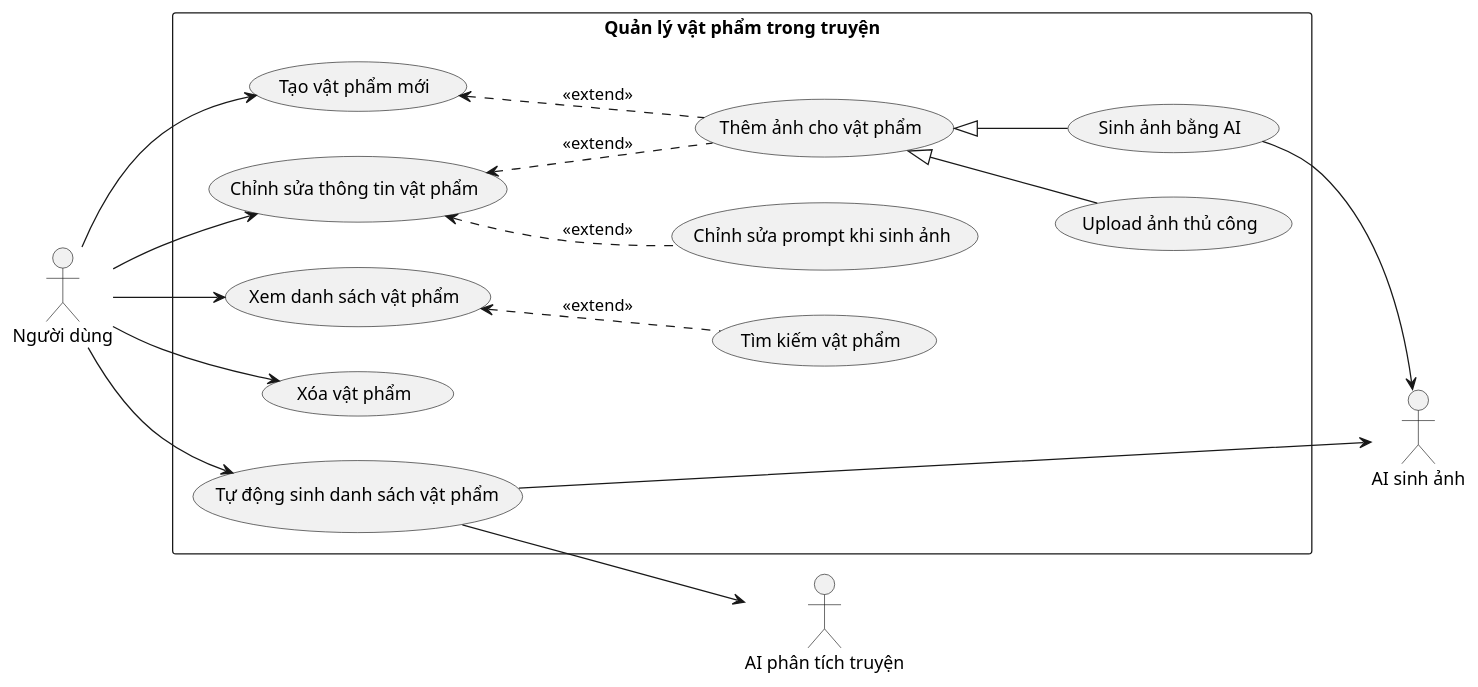
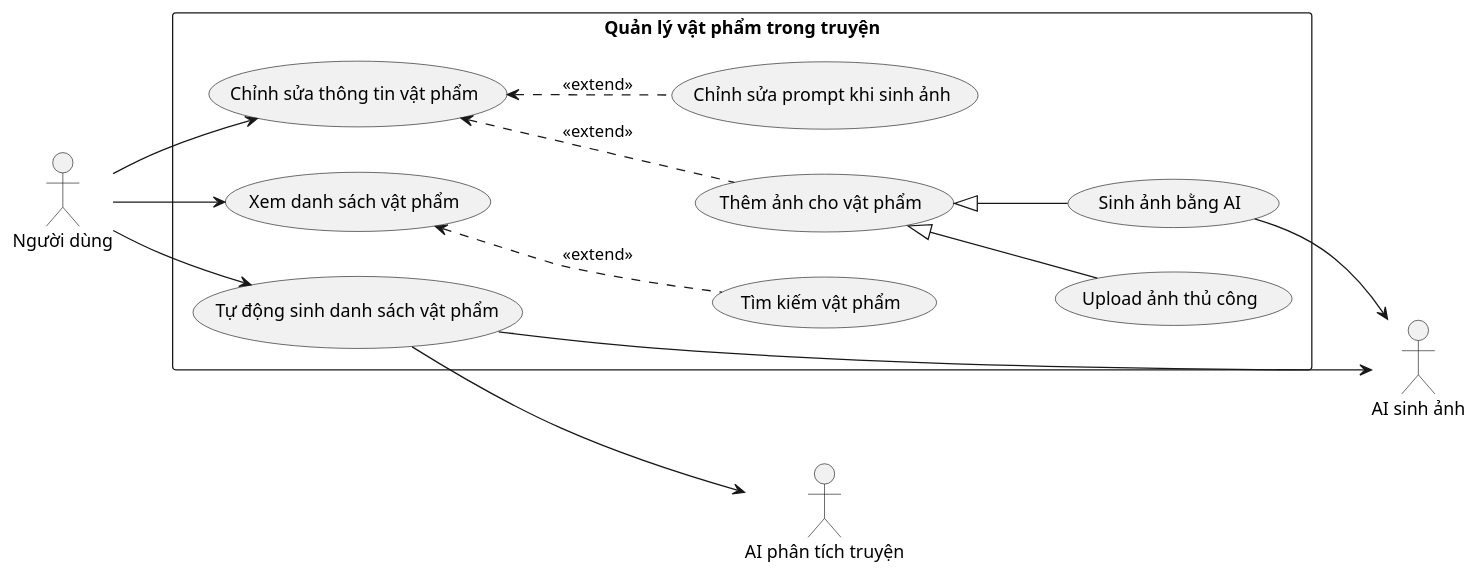
The diagram in docs/bieu-do-uc/bieu-do-uc-chi-tiet/setup/xay-dung-the-gioi-truyen/quan-ly-vat-pham.puml (202416852-anhpv/story2video-docs), drawn with PlantUML before and after one commit. The commit also changed 2 other files, not shown here.

```diff
--- a/docs/bieu-do-uc/bieu-do-uc-chi-tiet/setup/xay-dung-the-gioi-truyen/quan-ly-vat-pham.puml
+++ b/docs/bieu-do-uc/bieu-do-uc-chi-tiet/setup/xay-dung-the-gioi-truyen/quan-ly-vat-pham.puml
@@ -1,37 +1,32 @@
 @startuml quan-ly-vat-pham
 left to right direction
 
 actor "Người dùng" as User
 actor "AI sinh ảnh" as AI_IMG
 actor "AI phân tích truyện" as AI_LLM
 
 rectangle "Quản lý vật phẩm trong truyện" {
-    usecase "Tạo vật phẩm mới" as UC_01
     usecase "Chỉnh sửa thông tin vật phẩm" as UC_02
     usecase "Xem danh sách vật phẩm" as UC_03
-    usecase "Xóa vật phẩm" as UC_04
     usecase "Tìm kiếm vật phẩm" as UC_05
     usecase "Thêm ảnh cho vật phẩm" as UC_06
     usecase "Upload ảnh thủ công" as UC_07
     usecase "Sinh ảnh bằng AI" as UC_08
     usecase "Tự động sinh danh sách vật phẩm" as UC_09
     usecase "Chỉnh sửa prompt khi sinh ảnh" as UC_10
 }
 
-User --> UC_01
 User --> UC_02
 User --> UC_03
-User --> UC_04
 User --> UC_09
 UC_09 --> AI_IMG
 UC_09 --> AI_LLM
 UC_08 --> AI_IMG
 
 UC_03 <.. UC_05 : <<extend>>
-UC_01 <.. UC_06 : <<extend>>
 UC_02 <.. UC_06 : <<extend>>
 UC_02 <.. UC_10 : <<extend>>
 UC_06 <|-- UC_07
 UC_06 <|-- UC_08
 
 @enduml
```
